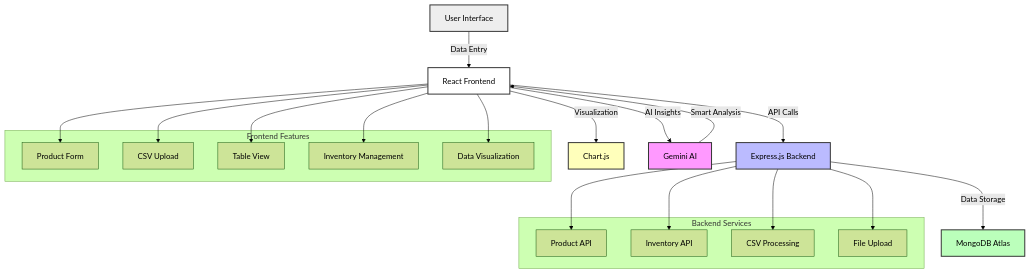
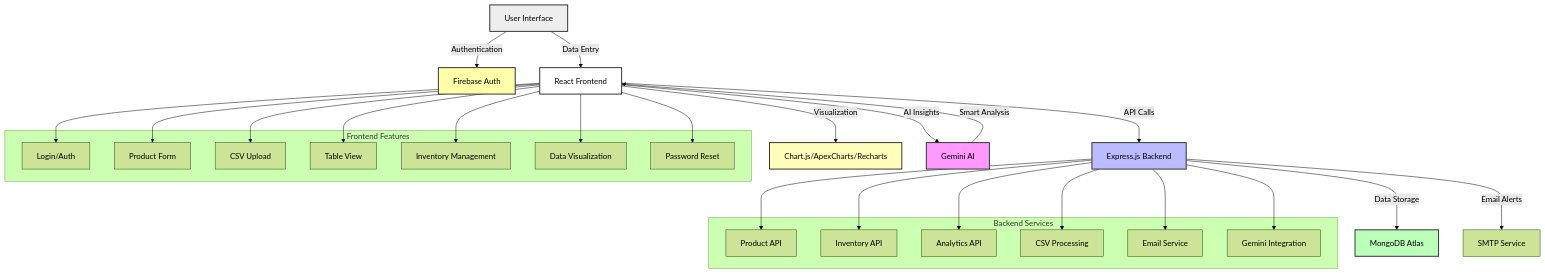
One commit to 7-sanjay/Sales-Analysis-Dashboard changed the diagram in README.md. Above: the diagram before and after it, drawn with Mermaid (forest theme). The commit also changed other lines of this file, not shown here.

````diff
--- a/README.md
+++ b/README.md
@@ -50,42 +62,53 @@
 ```mermaid
 flowchart TD
-  A[User Interface] -->|Data Entry| B[React Frontend]
-  B -->|API Calls| C[Express.js Backend]
-  C -->|Data Storage| D[MongoDB Atlas]
-  B -->|Visualization| E[Chart.js]
-  B -->|AI Insights| F[Gemini AI]
-  F -->|Smart Analysis| B
+  A[User Interface] -->|Authentication| B[Firebase Auth]
+  A -->|Data Entry| C[React Frontend]
+  C -->|API Calls| D[Express.js Backend]
+  D -->|Data Storage| E[MongoDB Atlas]
+  C -->|Visualization| F[Chart.js/ApexCharts/Recharts]
+  C -->|AI Insights| G[Gemini AI]
+  G -->|Smart Analysis| C
+  D -->|Email Alerts| H[SMTP Service]
   
   subgraph "Frontend Features"
-    B1[Product Form]
-    B2[CSV Upload]
-    B3[Table View]
-    B4[Inventory Management]
-    B5[Data Visualization]
+    C1[Login/Auth]
+    C2[Product Form]
+    C3[CSV Upload]
+    C4[Table View]
+    C5[Inventory Management]
+    C6[Data Visualization]
+    C7[Password Reset]
   end
   
   subgraph "Backend Services"
-    C1[Product API]
-    C2[Inventory API]
-    C3[CSV Processing]
-    C4[File Upload]
+    D1[Product API]
+    D2[Inventory API]
+    D3[Analytics API]
+    D4[CSV Processing]
+    D5[Email Service]
+    D6[Gemini Integration]
   end
-  
-  B --> B1
-  B --> B2
-  B --> B3
-  B --> B4
-  B --> B5
   
   C --> C1
   C --> C2
   C --> C3
   C --> C4
+  C --> C5
+  C --> C6
+  C --> C7
   
-  style F fill:#f9f,stroke:#333,stroke-width:2px
-  style E fill:#ffb,stroke:#333,stroke-width:2px
-  style D fill:#bfb,stroke:#333,stroke-width:2px
-  style C fill:#bbf,stroke:#333,stroke-width:2px
-  style B fill:#fff,stroke:#333,stroke-width:2px
+  D --> D1
+  D --> D2
+  D --> D3
+  D --> D4
+  D --> D5
+  D --> D6
+  
+  style G fill:#f9f,stroke:#333,stroke-width:2px
+  style F fill:#ffb,stroke:#333,stroke-width:2px
+  style E fill:#bfb,stroke:#333,stroke-width:2px
+  style D fill:#bbf,stroke:#333,stroke-width:2px
+  style C fill:#fff,stroke:#333,stroke-width:2px
+  style B fill:#ffa,stroke:#333,stroke-width:2px
   style A fill:#eee,stroke:#333,stroke-width:2px
 ```
````
